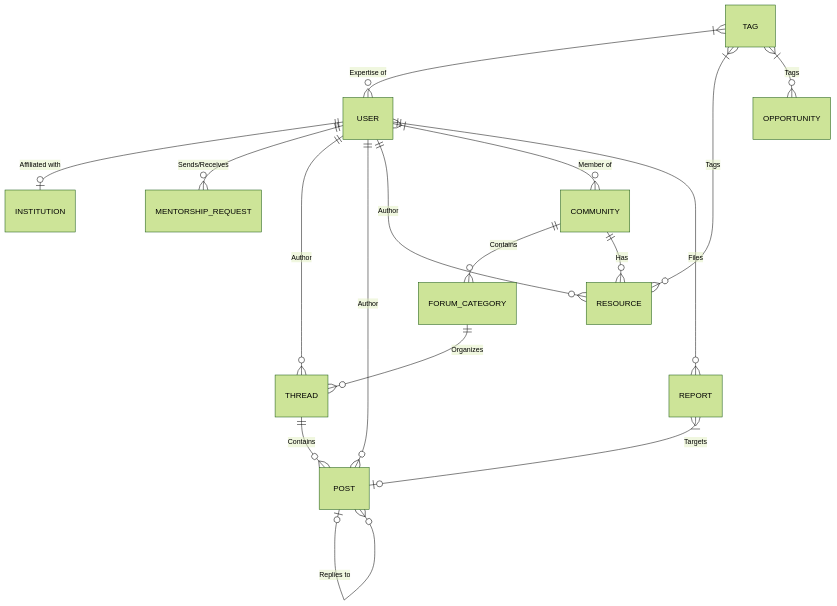
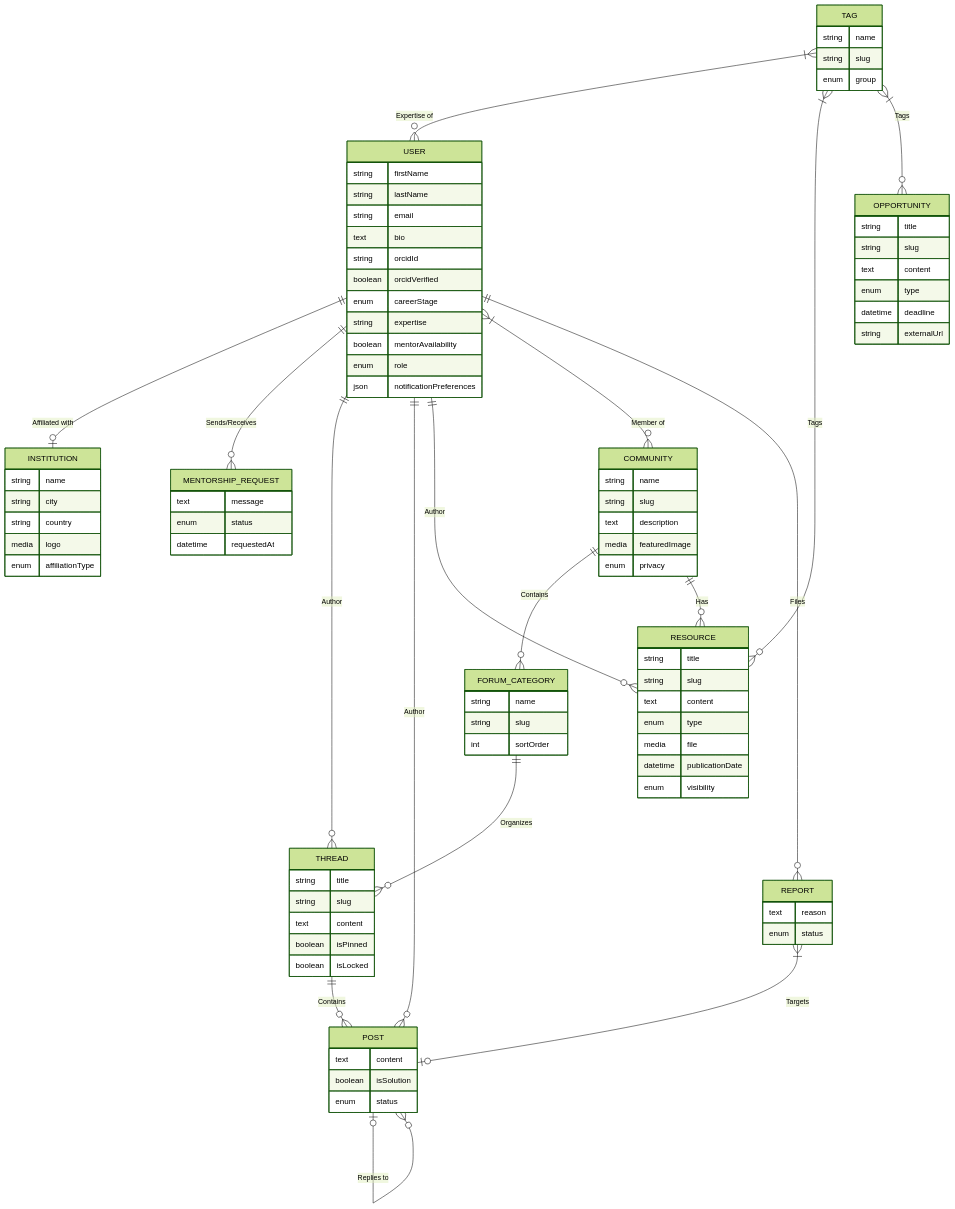
The third of 3 diagrams in docs/science-of-africa-lld.md (akvo/science-for-africa), drawn with Mermaid (forest theme) before and after one commit.

Commit message:
[#docs] docs: enrich ERD with detailed attributes and relationships

````diff
--- a/docs/science-of-africa-lld.md
+++ b/docs/science-of-africa-lld.md
@@ -121,6 +121,7 @@
     USER ||--o{ REPORT : "Files"
     TAG }|--o{ USER : "Expertise of"
     
+    %% Community & Forums
     COMMUNITY ||--o{ FORUM_CATEGORY : "Contains"
     COMMUNITY ||--o{ RESOURCE : "Has"
     FORUM_CATEGORY ||--o{ THREAD : "Organizes"
@@ -128,6 +129,93 @@
     POST |o--o{ POST : "Replies to"
     REPORT }|--o| POST : "Targets"
     
+    %% Knowledge Base & Taxonomy
     TAG }|--o{ RESOURCE : "Tags"
     TAG }|--o{ OPPORTUNITY : "Tags"
+
+    USER {
+        string firstName
+        string lastName
+        string email
+        text bio
+        string orcidId
+        boolean orcidVerified
+        enum careerStage
+        string expertise
+        boolean mentorAvailability
+        enum role
+        json notificationPreferences
+    }
+
+    INSTITUTION {
+        string name
+        string city
+        string country
+        media logo
+        enum affiliationType
+    }
+
+    COMMUNITY {
+        string name
+        string slug
+        text description
+        media featuredImage
+        enum privacy
+    }
+
+    FORUM_CATEGORY {
+        string name
+        string slug
+        int sortOrder
+    }
+
+    THREAD {
+        string title
+        string slug
+        text content
+        boolean isPinned
+        boolean isLocked
+    }
+
+    POST {
+        text content
+        boolean isSolution
+        enum status
+    }
+
+    RESOURCE {
+        string title
+        string slug
+        text content
+        enum type
+        media file
+        datetime publicationDate
+        enum visibility
+    }
+
+    OPPORTUNITY {
+        string title
+        string slug
+        text content
+        enum type
+        datetime deadline
+        string externalUrl
+    }
+
+    REPORT {
+        text reason
+        enum status
+    }
+
+    TAG {
+        string name
+        string slug
+        enum group
+    }
+
+    MENTORSHIP_REQUEST {
+        text message
+        enum status
+        datetime requestedAt
+    }
 ```
````
